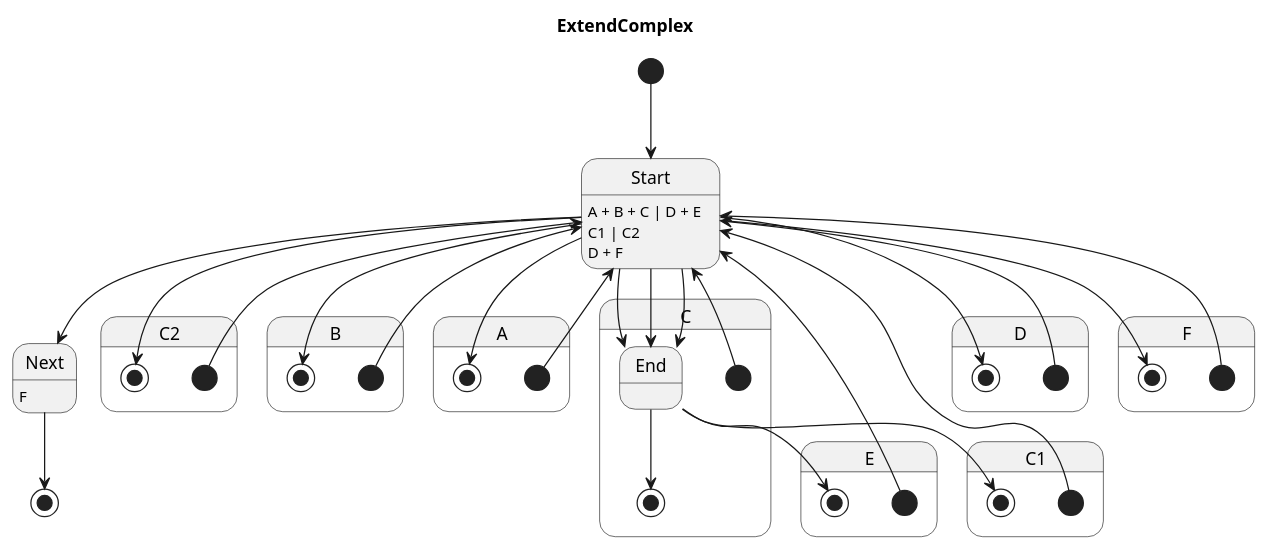
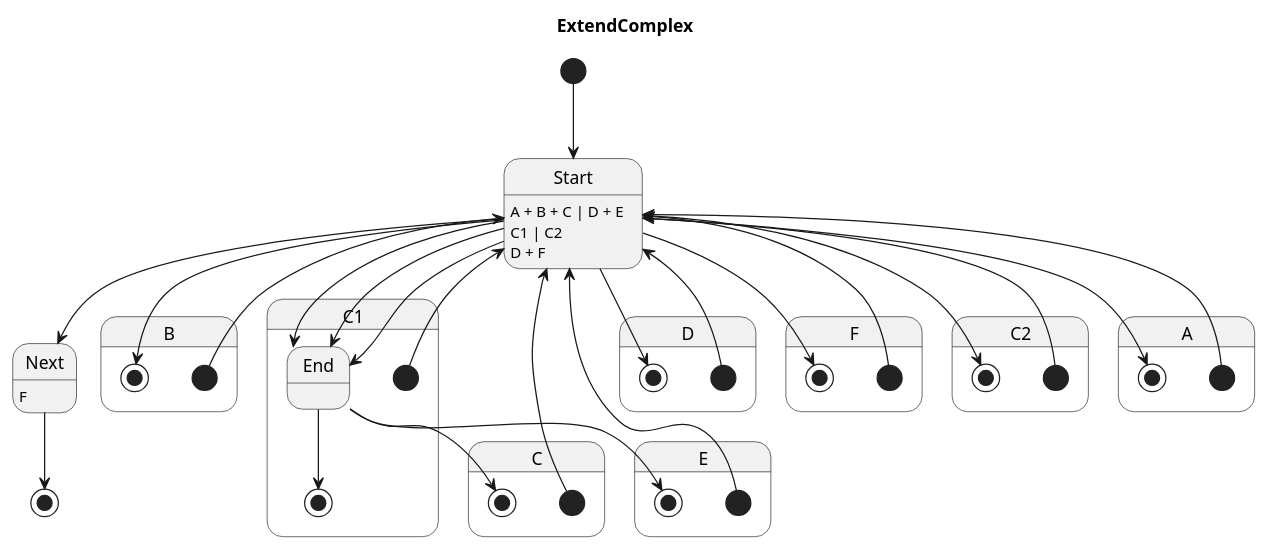
One commit to Pastor/Takt changed the diagram in examples/generated/plantuml/extend_complex.puml. Above: the diagram before and after it, drawn with PlantUML. The commit also changed other lines of this file and 11 other files, not shown here.

```diff
--- a/examples/generated/plantuml/extend_complex.puml
+++ b/examples/generated/plantuml/extend_complex.puml
@@ -1,55 +1,55 @@
 @startuml
 title ExtendComplex
 
 [*] --> Start
 Start : A + B + C | D + E
 Start --> Next
 Next : F
 Next --> [*]
 
-state C2 {
-    [*] --> Start
-    Start --> [*]
-}
-
 state B {
     [*] --> Start
     Start --> [*]
 }
 
-state A {
+state C1 {
     [*] --> Start
-    Start --> [*]
-}
-
-state C {
-    [*] --> Start
-    End --> [*]
-    Start : C1 | C2
-    Start --> End
-}
-
-state E {
-    [*] --> Start
-    Start : D + F
     Start --> End
     End --> [*]
 }
 
 state D {
     [*] --> Start
     Start --> [*]
 }
 
 state F {
     [*] --> Start
     Start --> [*]
 }
 
-state C1 {
+state C2 {
     [*] --> Start
+    Start --> [*]
+}
+
+state C {
+    [*] --> Start
+    Start : C1 | C2
+    Start --> End
     End --> [*]
+}
+
+state A {
+    [*] --> Start
+    Start --> [*]
+}
+
+state E {
+    [*] --> Start
+    Start : D + F
     Start --> End
+    End --> [*]
 }
 
 @enduml
```
